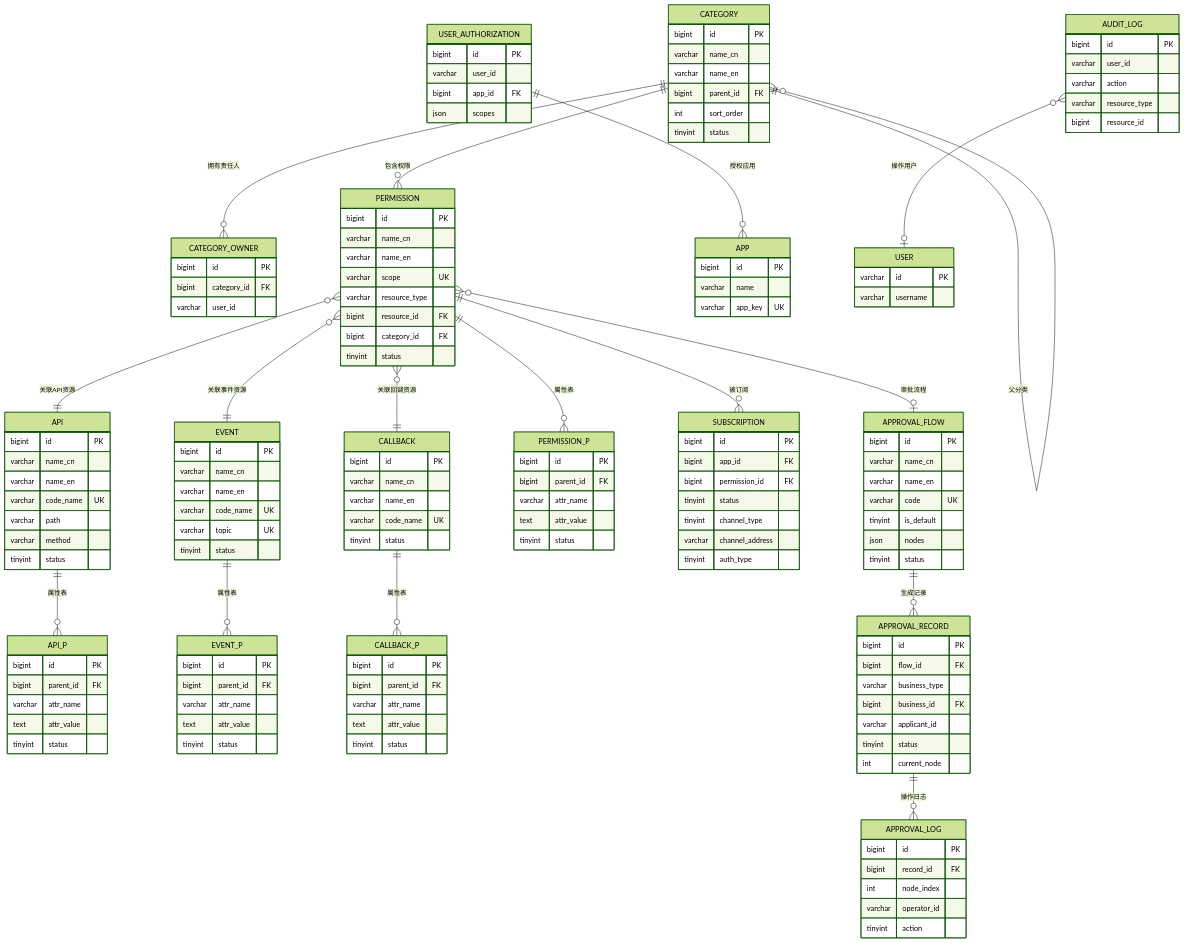
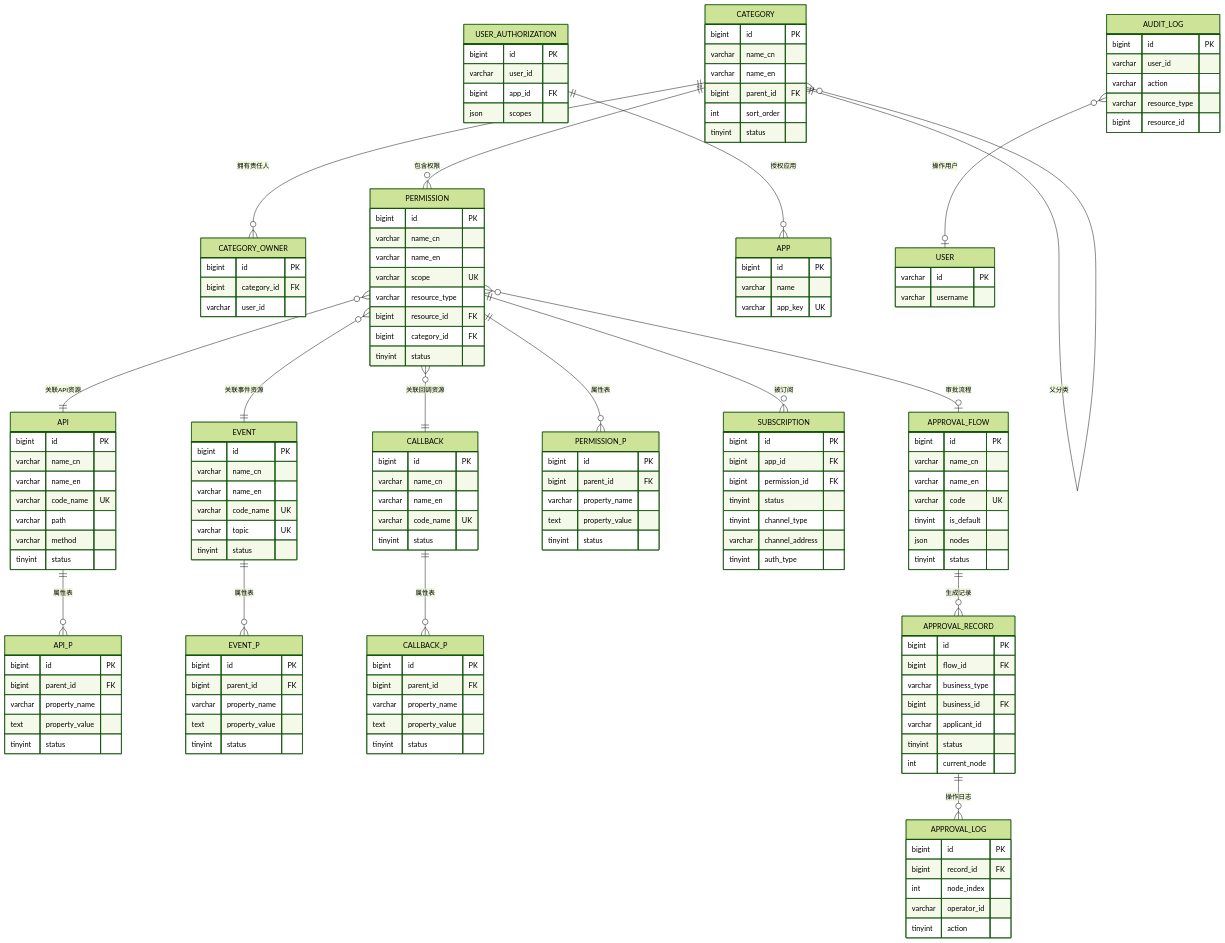
One commit to THZSummer/open-app changed the sixth of 6 diagrams in .sddu/specs-tree-root/specs-tree-capability-open-platform/plan.md. Above: the diagram before and after it, drawn with Mermaid (forest theme). The commit also changed other lines of this file, not shown here.

First line of the commit message:
refactor(plan): 属性表字段重命名 attr_name/attr_value → property_name/property_value

```diff
--- a/.sddu/specs-tree-root/specs-tree-capability-open-platform/plan.md
+++ b/.sddu/specs-tree-root/specs-tree-capability-open-platform/plan.md
@@ -631,8 +631,8 @@
     API_P {
         bigint id PK
         bigint parent_id FK
-        varchar attr_name
-        text attr_value
+        varchar property_name
+        text property_value
         tinyint status
     }
     
@@ -648,8 +648,8 @@
     EVENT_P {
         bigint id PK
         bigint parent_id FK
-        varchar attr_name
-        text attr_value
+        varchar property_name
+        text property_value
         tinyint status
     }
     
@@ -664,8 +664,8 @@
     CALLBACK_P {
         bigint id PK
         bigint parent_id FK
-        varchar attr_name
-        text attr_value
+        varchar property_name
+        text property_value
         tinyint status
     }
     
@@ -683,8 +683,8 @@
     PERMISSION_P {
         bigint id PK
         bigint parent_id FK
-        varchar attr_name
-        text attr_value
+        varchar property_name
+        text property_value
         tinyint status
     }
     
```
